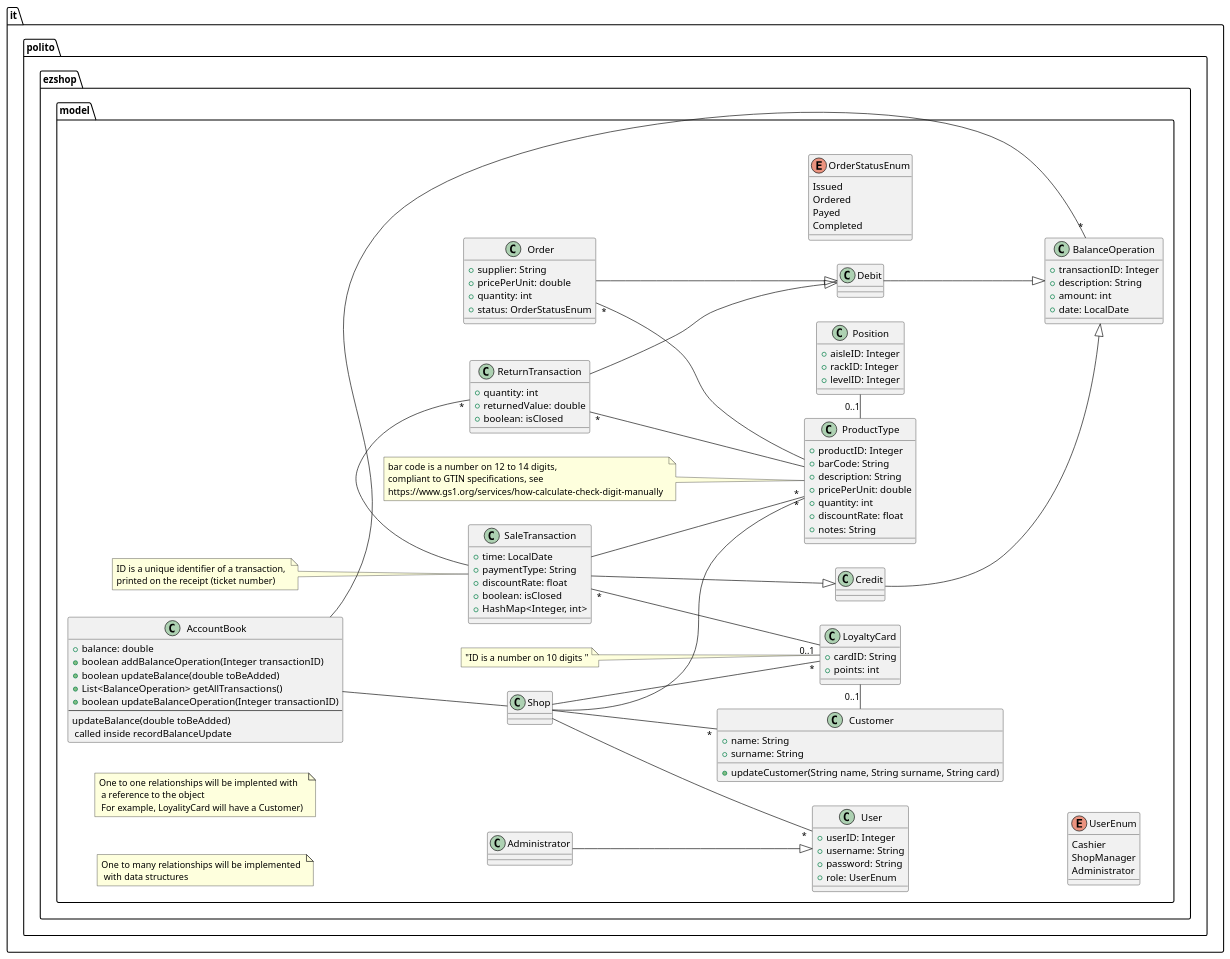
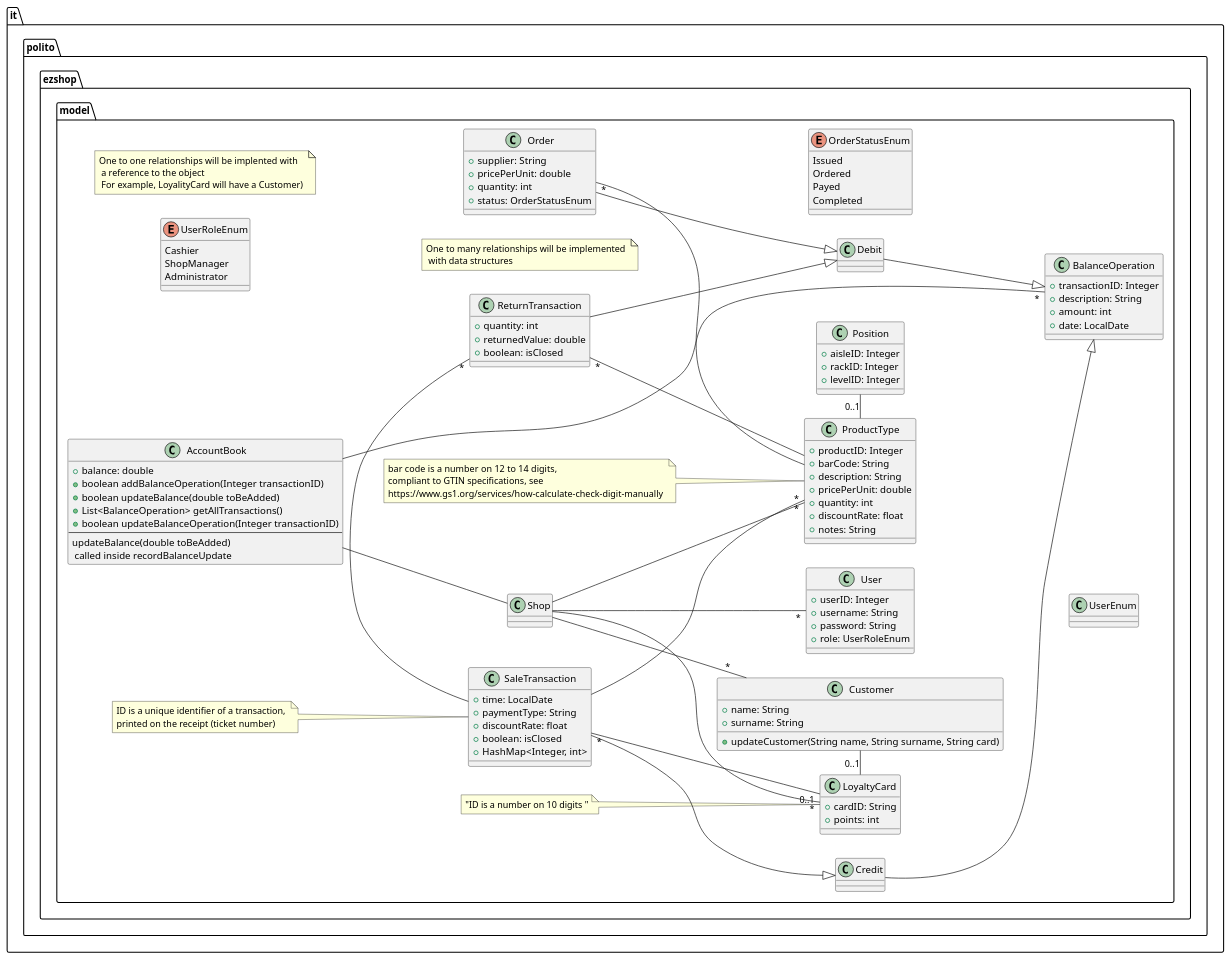
Before and after one commit to Stormz4/group20-EzShop: the third of 23 diagrams in Deliverables/DesignDocument.md, drawn with PlantUML.

Commit message:
Doc: DesignDocument's minor refactoring.

```diff
--- a/Deliverables/DesignDocument.md
+++ b/Deliverables/DesignDocument.md
@@ -172,20 +172,16 @@
     +userID: Integer
     +username: String
     +password: String
-    +role: UserEnum
+    +role: UserRoleEnum
 }
 
-
-Enum UserEnum {
+Enum UserRoleEnum {
     Cashier
     ShopManager
     Administrator
 }
 
 User -[hidden]-> UserEnum
-
-
-Administrator --|> User
 
 Shop -- "*" User
 
```
